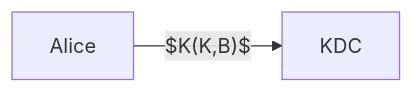
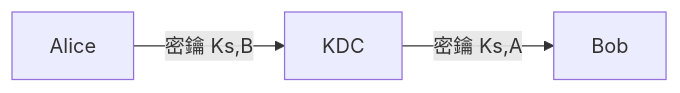
Before and after one commit to chchoiw/chchoiw.github.io: the tenth of 10 diagrams in _posts/2021-07-21-04741-internet.md, drawn with Mermaid.

````diff
--- a/_posts/2021-07-21-04741-internet.md
+++ b/_posts/2021-07-21-04741-internet.md
@@ -917,4 +917,5 @@
 ```mermaid
 graph LR
-A[Alice]--$K(K,B)$-->K[KDC]
+A[Alice]--密鑰 Ks,B-->K[KDC]
+K--密鑰 Ks,A -->B[Bob]
 ```
````
